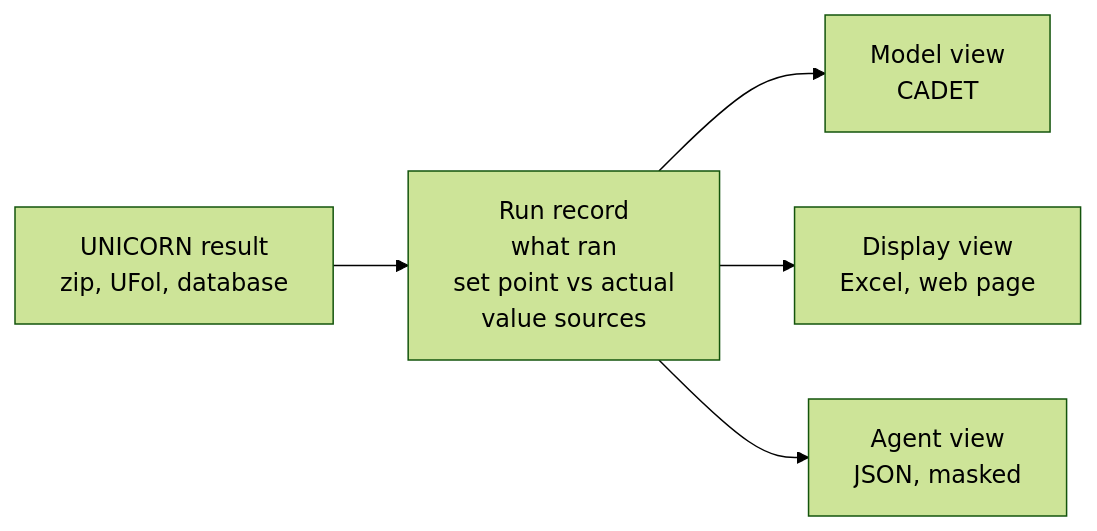
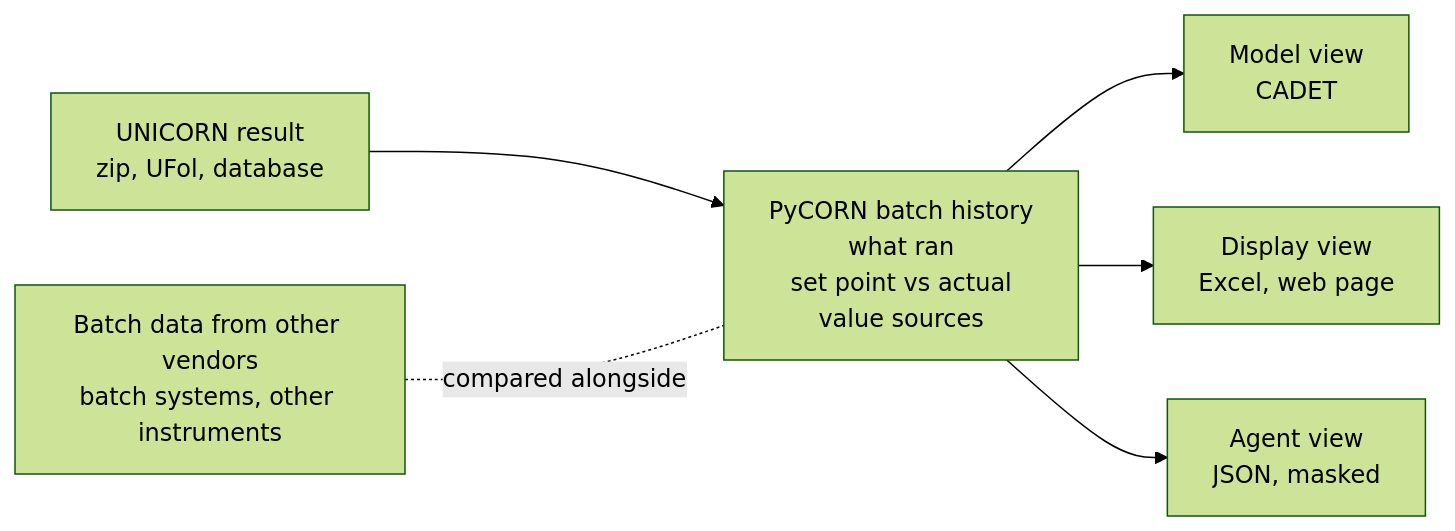
One commit to traylosj/PyCORN changed the first of 10 diagrams in docs/RUN_STRUCTURE_RECORD.md. Above: the diagram before and after it, drawn with Mermaid (forest theme). The commit also changed other lines of this file, not shown here.

First line of the commit message:
Run record proposal: PyCORN batch history, numbered tables and figures

````diff
--- a/docs/RUN_STRUCTURE_RECORD.md
+++ b/docs/RUN_STRUCTURE_RECORD.md
@@ -50,7 +59,8 @@
 ```mermaid
 flowchart LR
-    files["UNICORN result<br/>zip, UFol, database"] --> record["Run record<br/>what ran<br/>set point vs actual<br/>value sources"]
+    files["UNICORN result<br/>zip, UFol, database"] --> record["PyCORN batch history<br/>what ran<br/>set point vs actual<br/>value sources"]
+    others["Batch data from other vendors<br/>batch systems, other instruments"] -. compared alongside .- record
     record --> model["Model view<br/>CADET"]
     record --> display["Display view<br/>Excel, web page"]
     record --> json["Agent view<br/>JSON, masked"]
 ```
````
